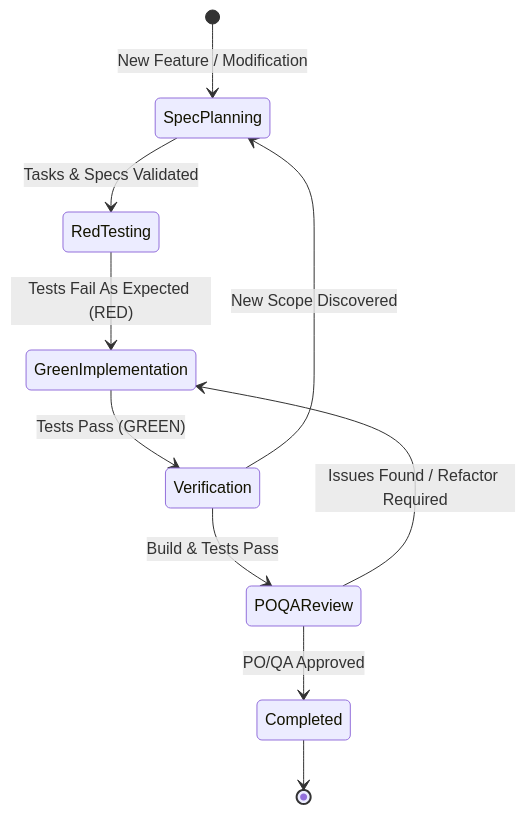
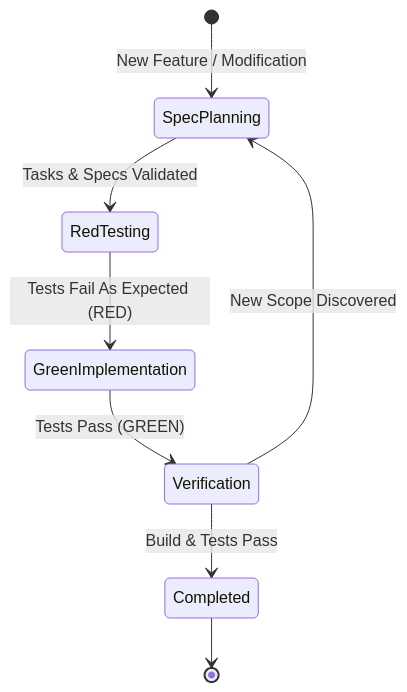
The diagram in .agents/governance.md (douglaspands/mcskin-go), drawn with Mermaid before and after one commit. The commit also changed other lines of this file and 15 other files, not shown here.

First line of the commit message:
refactor(openspec): remove feature-qa-reviewer and restore default apply/propose flow (#12)

````diff
--- a/.agents/governance.md
+++ b/.agents/governance.md
@@ -11,12 +11,10 @@
 ```mermaid
 stateDiagram-v2
     [*] --> SpecPlanning: New Feature / Modification
     SpecPlanning --> RedTesting: Tasks & Specs Validated
     RedTesting --> GreenImplementation: Tests Fail As Expected (RED)
     GreenImplementation --> Verification: Tests Pass (GREEN)
     Verification --> SpecPlanning: New Scope Discovered
-    Verification --> POQAReview: Build & Tests Pass
-    POQAReview --> GreenImplementation: Issues Found / Refactor Required
-    POQAReview --> Completed: PO/QA Approved
+    Verification --> Completed: Build & Tests Pass
     Completed --> [*]
 ```
````
